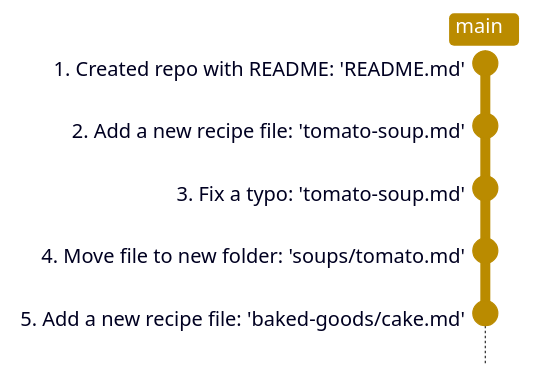
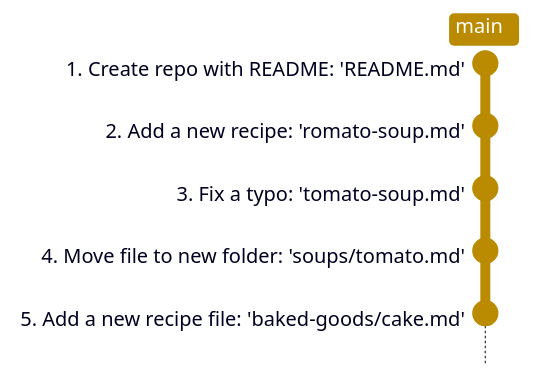
Before and after one commit to rostools/github-intro: the second of 2 diagrams in sessions/basics.qmd, drawn with Mermaid. The commit also changed other lines of this file and 1 other file, not shown here.

````diff
--- a/sessions/basics.qmd
+++ b/sessions/basics.qmd
@@ -304,18 +306,18 @@
 ```{mermaid}
 %%| label: fig-git-commits
 %%| fig-cap: "Each step creates a new commit in the history log of the Git repository on GitHub."
 %%| fig-alt: "A diagram showing a series of commits in a Git repository, with text that is expanded on below the diagram."
 %%{init: {'themeVariables': {
   'git0': '#ba8b00', 
   'commitLabelBackground': '#ffffff', 
   'commitLabelFontSize': '16px'
   }, 'gitGraph': {'rotateCommitLabel': false}}
 }%%
 gitGraph TB:
   checkout main
-  commit id: "1. Created repo with README: 'README.md'"
-  commit id: "2. Add a new recipe file: 'tomato-soup.md'"
+  commit id: "1. Create repo with README: 'README.md'"
+  commit id: "2. Add a new recipe: 'romato-soup.md'"
   commit id: "3. Fix a typo: 'tomato-soup.md'"
   commit id: "4. Move file to new folder: 'soups/tomato.md'"
   commit id: "5. Add a new recipe file: 'baked-goods/cake.md'"
 ```
````
